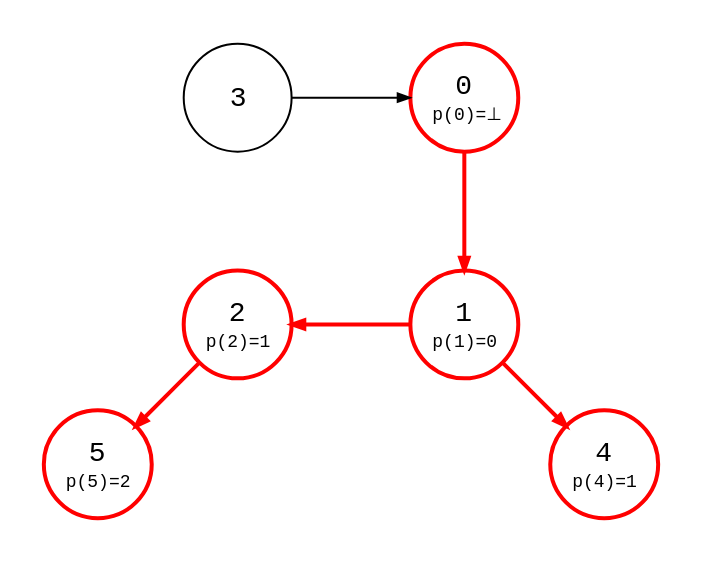
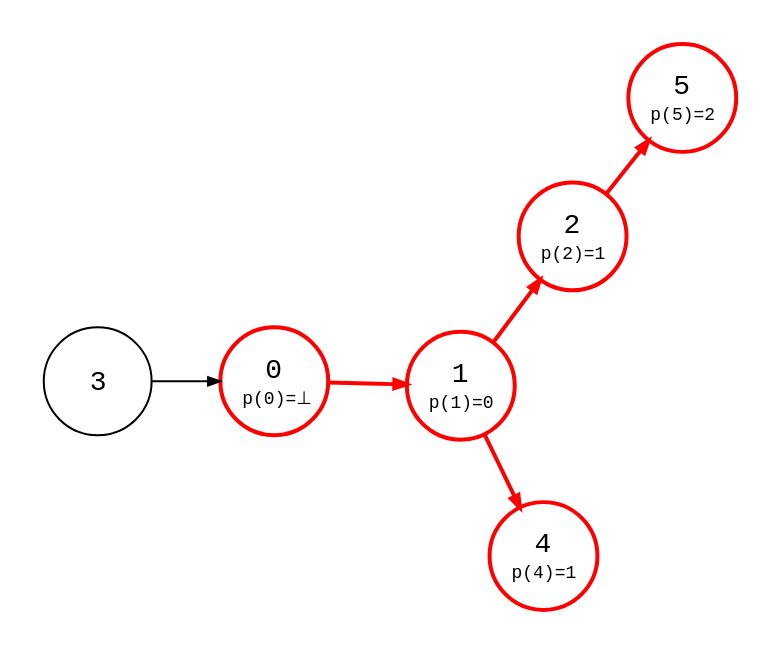
Before and after one commit to bsdrks/graaf-images: the diagram in src/dfs_pred_1-0.87.4.dot, drawn with Graphviz. The commit also changed 69 other files, not shown here.

```diff
--- a/src/dfs_pred_1-0.87.4.dot
+++ b/src/dfs_pred_1-0.87.4.dot
@@ -1,116 +1,116 @@
 digraph {
     node [shape=circle, fontname="monospace", fixedsize=true, width="0.75"];
     edge [arrowsize=0.6, fontname="monospace", fontsize=9];
-    layout=circo;
-    scale=1.0;
+    layout=neato;
+    mode="sgd";
+    maxiter=200000;
+    scale=1.2;
     normalize=true;
     pad=0.2;
     splines=line
 
     3 [color="#bbb", fontcolor="#bbb"];
     0, 1, 2, 4, 5 [style=bold, color=red];
 
     0 [
         label=<
             <table border="0" cellpadding="1" cellspacing="0">
                 <tr>
                     <td>0</td>
                 </tr>
                 <tr>
                     <td><font point-size="9">p(0)=⊥</font></td>
                 </tr>
             </table>
         >,
         color=red,
         style=bold
     ];
 
     1 [
         label=<
             <table border="0" cellpadding="1" cellspacing="0">
                 <tr>
                     <td>1</td>
                 </tr>
                 <tr>
                     <td><font point-size="9">p(1)=0</font></td>
                 </tr>
             </table>
         >,
         color=red,
         style=bold
     ];
 
     2 [
         label=<
             <table border="0" cellpadding="1" cellspacing="0">
                 <tr>
                     <td>2</td>
                 </tr>
                 <tr>
                     <td><font point-size="9">p(2)=1</font></td>
                 </tr>
             </table>
         >,
     ];
 
     3 [
         label=<
             <table border="0" cellpadding="1" cellspacing="0">
                 <tr>
                     <td>3</td>
                 </tr>
             </table>
         >,
     ];
 
     4 [
         label=<
             <table border="0" cellpadding="1" cellspacing="0">
                 <tr>
                     <td>4</td>
                 </tr>
                 <tr>
                     <td><font point-size="9">p(4)=1</font></td>
                 </tr>
             </table>
         >,
     ];
 
     5 [
         label=<
             <table border="0" cellpadding="1" cellspacing="0">
                 <tr>
                     <td>5</td>
                 </tr>
                 <tr>
                     <td><font point-size="9">p(5)=2</font></td>
                 </tr>
             </table>
         >,
     ];
 
 
     0 -> 1 [
         style=bold;
         color=red;
     ];
 
     3 -> 0 [color="#bbb"];
 
     1 -> 2 [
         style=bold;
         color=red;
     ];
 
-    2 -> 3 [style=invis];
-
     1 -> 4 [
         style=bold;
         color=red;
     ];
 
     2 -> 5 [
         style=bold;
         color=red;
     ];
 }
```
